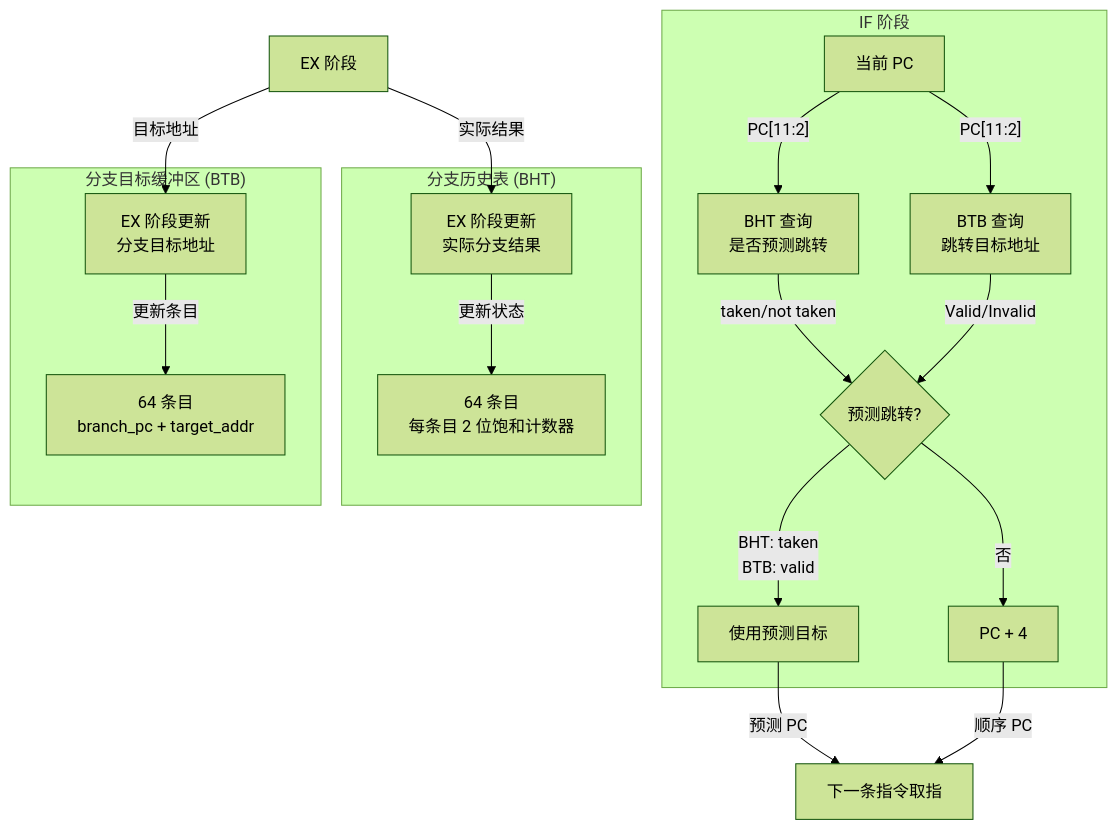
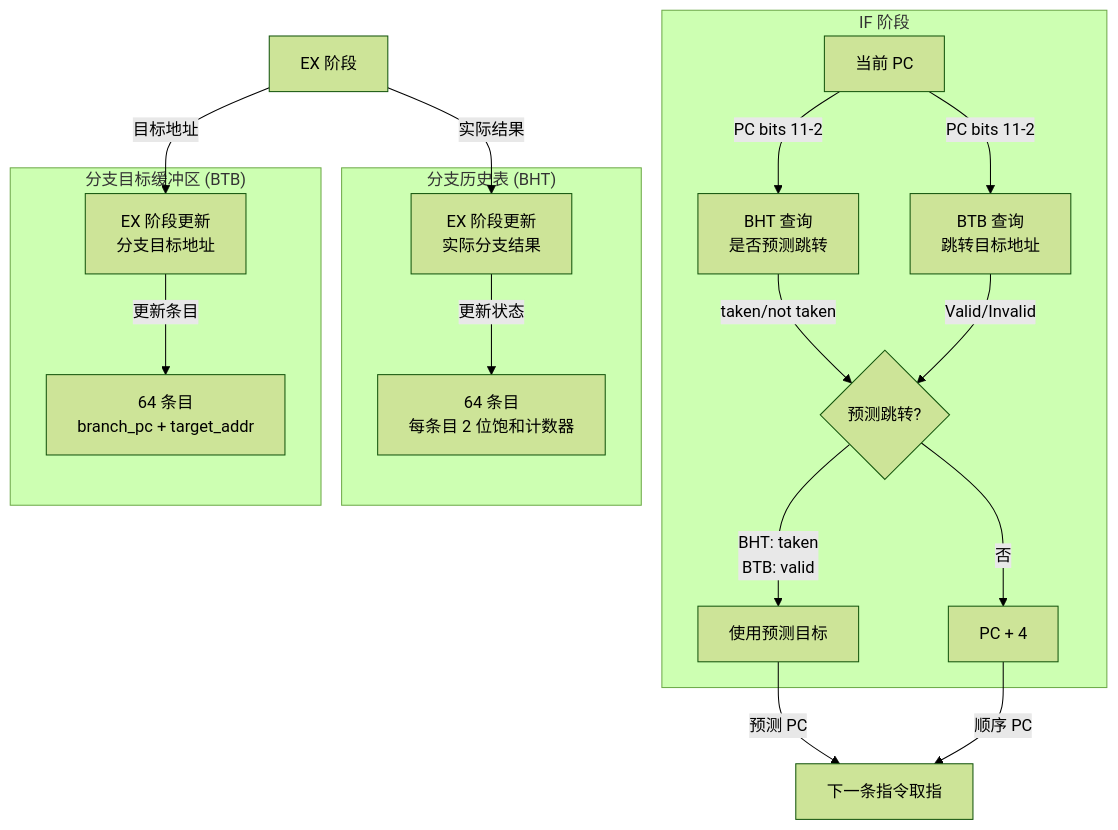
The first of 8 diagrams in docs/branch-prediction.md (daivy2333/riscv-bsv-processor), drawn with Mermaid (forest theme) before and after one commit. The commit also changed other lines of this file and 3 other files, not shown here.

````diff
--- a/docs/branch-prediction.md
+++ b/docs/branch-prediction.md
@@ -7,36 +7,36 @@
 ```mermaid
 flowchart TB
     subgraph IF_Stage["IF 阶段"]
         PC[当前 PC]
         BHT_Query[BHT 查询<br/>是否预测跳转]
         BTB_Query[BTB 查询<br/>跳转目标地址]
 
-        PC -->|"PC[11:2]"| BHT_Query
-        PC -->|"PC[11:2]"| BTB_Query
+        PC -->|"PC bits 11-2"| BHT_Query
+        PC -->|"PC bits 11-2"| BTB_Query
 
         BHT_Query -->|"taken/not taken"| Decision
         BTB_Query -->|"Valid/Invalid"| Decision
 
         Decision{预测跳转?}
         Decision -->|"BHT: taken<br/>BTB: valid"| PredictedPC[使用预测目标]
         Decision -->|否| SequentialPC[PC + 4]
     end
 
     subgraph BHT["分支历史表 (BHT)"]
         BHT_Table["64 条目<br/>每条目 2 位饱和计数器"]
         BHT_Update["EX 阶段更新<br/>实际分支结果"]
     end
 
     subgraph BTB["分支目标缓冲区 (BTB)"]
         BTB_Table["64 条目<br/>branch_pc + target_addr"]
         BTB_Update["EX 阶段更新<br/>分支目标地址"]
     end
 
     PredictedPC -->|"预测 PC"| NextIF[下一条指令取指]
     SequentialPC -->|"顺序 PC"| NextIF
 
     EX_Stage[EX 阶段] -->|"实际结果"| BHT_Update
     EX_Stage -->|"目标地址"| BTB_Update
     BHT_Update -->|"更新状态"| BHT_Table
     BTB_Update -->|"更新条目"| BTB_Table
 ```
````
